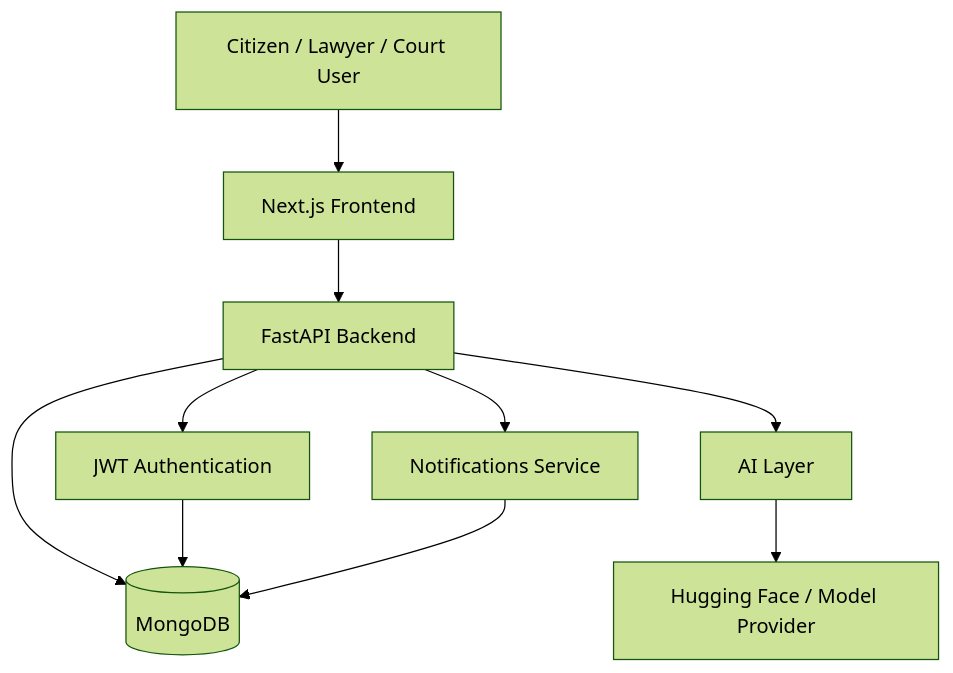
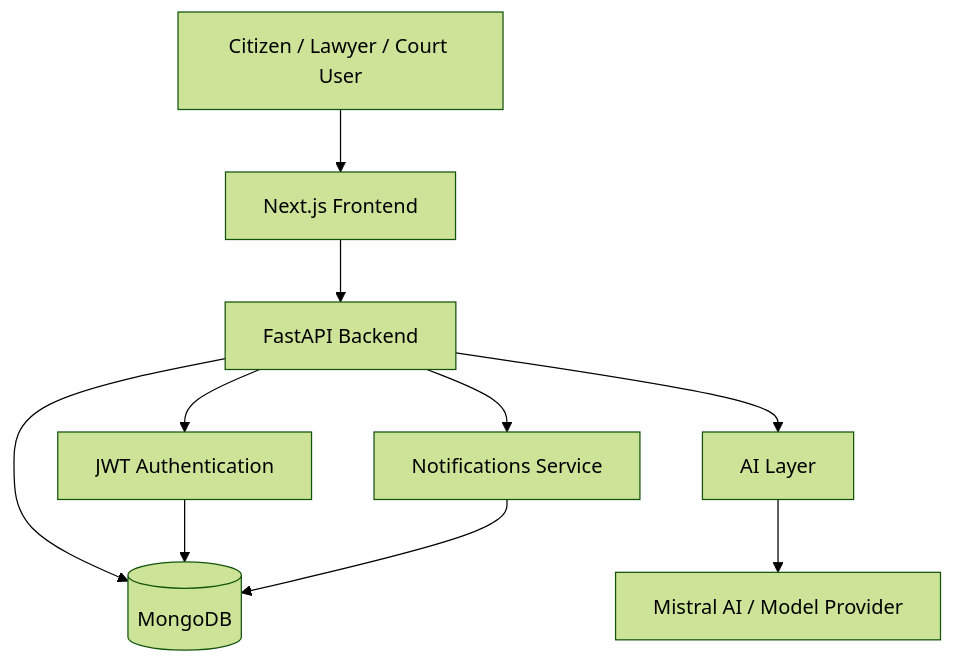
Before and after one commit to HimanshuIITP/Casemind: the first of 3 diagrams in README.md, drawn with Mermaid (forest theme). The commit also changed other lines of this file and 1 other file, not shown here.

Commit message:
Docs: use Mistral AI (replace Hugging Face references)

````diff
--- a/README.md
+++ b/README.md
@@ -243,12 +243,12 @@
 ```mermaid
 flowchart TD
   U[Citizen / Lawyer / Court User] --> F[Next.js Frontend]
   F --> B[FastAPI Backend]
   B --> DB[(MongoDB)]
   B --> AI[AI Layer]
-  AI --> HF[Hugging Face / Model Provider]
+  AI --> HF[Mistral AI / Model Provider]
   B --> AUTH[JWT Authentication]
   B --> N[Notifications Service]
   AUTH --> DB
   N --> DB
 ```
````
